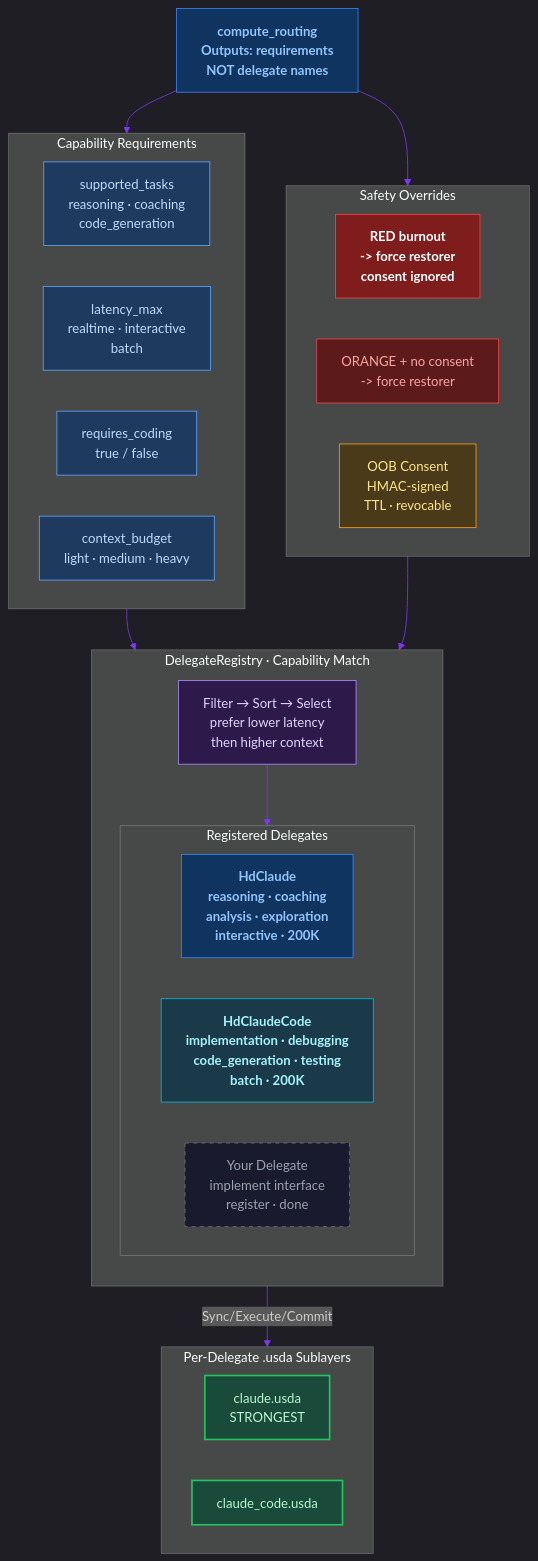
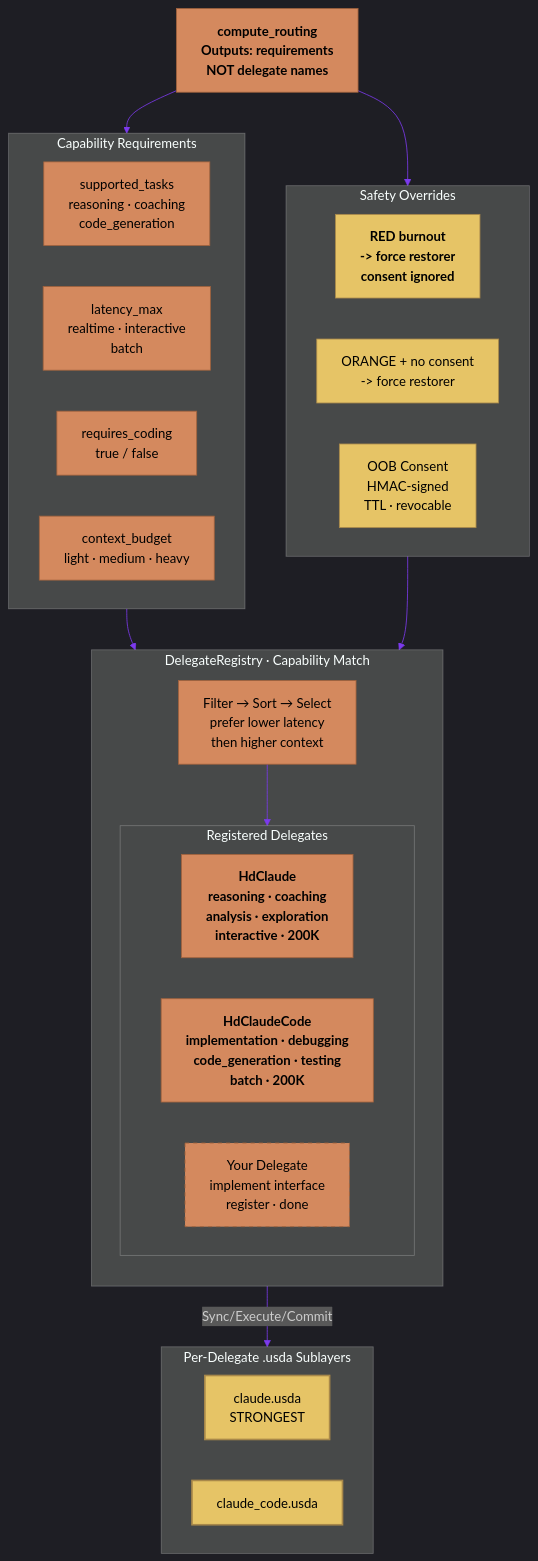
One commit to JosephOIbrahim/Harlo changed the tenth of 11 diagrams in README.md. Above: the diagram before and after it, drawn with Mermaid. The commit also changed other lines of this file, not shown here.

First line of the commit message:
style(readme): unify mermaid diagrams to a 2-color muted orange/yellow scheme with black text

````diff
--- a/README.md
+++ b/README.md
@@ -590,56 +590,56 @@
 ```mermaid
 %%{init: {'theme': 'dark', 'themeVariables': {'primaryColor': '#1a1a2e', 'primaryTextColor': '#e0e0e0', 'primaryBorderColor': '#7c3aed', 'lineColor': '#7c3aed'}}}%%
 graph TB
     ROUTING["compute_routing\nOutputs: requirements\nNOT delegate names"]:::route
 
     subgraph REQUIREMENTS["Capability Requirements"]
         direction LR
         REQ_TASKS["supported_tasks\nreasoning · coaching\ncode_generation"]:::req
         REQ_LATENCY["latency_max\nrealtime · interactive\nbatch"]:::req
         REQ_CODING["requires_coding\ntrue / false"]:::req
         REQ_CTX["context_budget\nlight · medium · heavy"]:::req
     end
 
     subgraph SAFETY["Safety Overrides"]
         direction LR
         RED["RED burnout\n-> force restorer\nconsent ignored"]:::red
         ORANGE["ORANGE + no consent\n-> force restorer"]:::orange
         CONSENT["OOB Consent\nHMAC-signed\nTTL · revocable"]:::consent
     end
 
     subgraph REGISTRY["DelegateRegistry · Capability Match"]
         direction TB
         MATCH["Filter → Sort → Select\nprefer lower latency\nthen higher context"]:::registry
 
         subgraph DELEGATES["Registered Delegates"]
             direction LR
             CLAUDE["HdClaude\nreasoning · coaching\nanalysis · exploration\ninteractive · 200K"]:::claude
             CODE["HdClaudeCode\nimplementation · debugging\ncode_generation · testing\nbatch · 200K"]:::code
             FUTURE["Your Delegate\nimplement interface\nregister · done"]:::future
         end
     end
 
     subgraph SUBLAYERS["Per-Delegate .usda Sublayers"]
         direction LR
         SUB_C["claude.usda\nSTRONGEST"]:::sub
         SUB_CC["claude_code.usda"]:::sub
     end
 
     ROUTING --> REQUIREMENTS
     ROUTING --> SAFETY
     REQUIREMENTS --> REGISTRY
     SAFETY --> REGISTRY
     MATCH --> DELEGATES
     DELEGATES -->|"Sync/Execute/Commit"| SUBLAYERS
 
-    classDef route fill:#0f3460,stroke:#3b82f6,color:#93c5fd,font-weight:bold
-    classDef req fill:#1e3a5f,stroke:#60a5fa,color:#bfdbfe
-    classDef red fill:#7f1d1d,stroke:#ef4444,color:#fff,font-weight:bold
-    classDef orange fill:#5c1a1a,stroke:#ef4444,color:#fca5a5
-    classDef consent fill:#4a3a1a,stroke:#f59e0b,color:#fde68a
-    classDef registry fill:#2e1a4a,stroke:#a78bfa,color:#ddd6fe
-    classDef claude fill:#0f3460,stroke:#3b82f6,color:#93c5fd,font-weight:bold
-    classDef code fill:#1a3a4a,stroke:#06b6d4,color:#a5f3fc,font-weight:bold
-    classDef future fill:#1a1a2e,stroke:#6b7280,color:#9ca3af,stroke-dasharray: 5 5
-    classDef sub fill:#1a4a3a,stroke:#22c55e,color:#bbf7d0,stroke-width:2px
+    classDef route fill:#d4895e,stroke:#a0623d,color:#000000,font-weight:bold
+    classDef req fill:#d4895e,stroke:#a0623d,color:#000000
+    classDef red fill:#e6c466,stroke:#a8884a,color:#000000,font-weight:bold
+    classDef orange fill:#e6c466,stroke:#a8884a,color:#000000
+    classDef consent fill:#e6c466,stroke:#a8884a,color:#000000
+    classDef registry fill:#d4895e,stroke:#a0623d,color:#000000
+    classDef claude fill:#d4895e,stroke:#a0623d,color:#000000,font-weight:bold
+    classDef code fill:#d4895e,stroke:#a0623d,color:#000000,font-weight:bold
+    classDef future fill:#d4895e,stroke:#a0623d,color:#000000,stroke-dasharray: 5 5
+    classDef sub fill:#e6c466,stroke:#a8884a,color:#000000,stroke-width:2px
 ```
````
